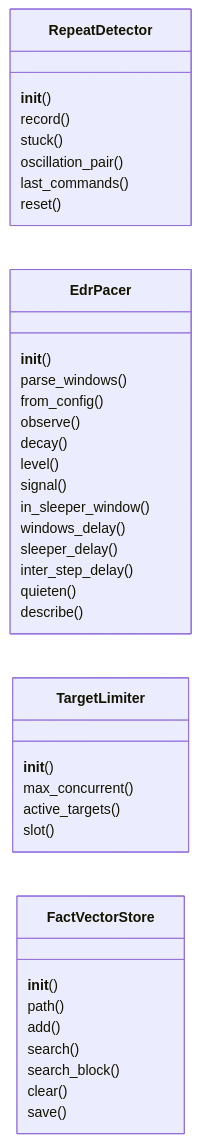
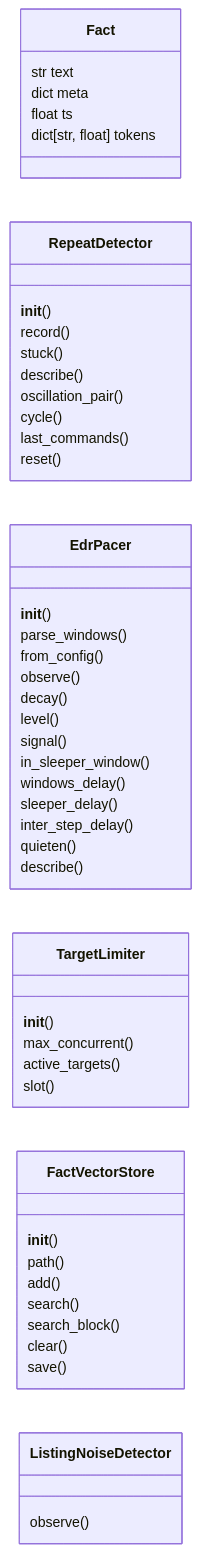
Before and after one commit to grisuno/LazyOwn: the first of 2 diagrams in readmenator-apidocs/modules/modules.loop_guardrails.py.md, drawn with Mermaid. The commit also changed other lines of this file and 464 other files, not shown here.

````diff
--- a/readmenator-apidocs/modules/modules.loop_guardrails.py.md
+++ b/readmenator-apidocs/modules/modules.loop_guardrails.py.md
@@ -36,38 +37,47 @@
 ```mermaid
 classDiagram
     direction LR
+    class Fact
+    Fact : str text
+    Fact : dict meta
+    Fact : float ts
+    Fact : dict[str, float] tokens
     class RepeatDetector
     RepeatDetector : __init__()
     RepeatDetector : record()
     RepeatDetector : stuck()
+    RepeatDetector : describe()
     RepeatDetector : oscillation_pair()
+    RepeatDetector : cycle()
     RepeatDetector : last_commands()
     RepeatDetector : reset()
     class EdrPacer
     EdrPacer : __init__()
     EdrPacer : parse_windows()
     EdrPacer : from_config()
     EdrPacer : observe()
     EdrPacer : decay()
     EdrPacer : level()
     EdrPacer : signal()
     EdrPacer : in_sleeper_window()
     EdrPacer : windows_delay()
     EdrPacer : sleeper_delay()
     EdrPacer : inter_step_delay()
     EdrPacer : quieten()
     EdrPacer : describe()
     class TargetLimiter
     TargetLimiter : __init__()
     TargetLimiter : max_concurrent()
     TargetLimiter : active_targets()
     TargetLimiter : slot()
     class FactVectorStore
     FactVectorStore : __init__()
     FactVectorStore : path()
     FactVectorStore : add()
     FactVectorStore : search()
     FactVectorStore : search_block()
     FactVectorStore : clear()
     FactVectorStore : save()
+    class ListingNoiseDetector
+    ListingNoiseDetector : observe()
 ```
````
